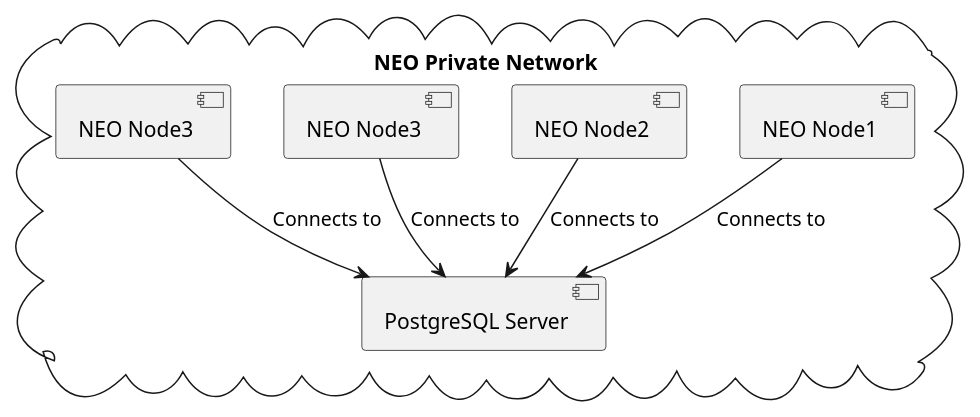
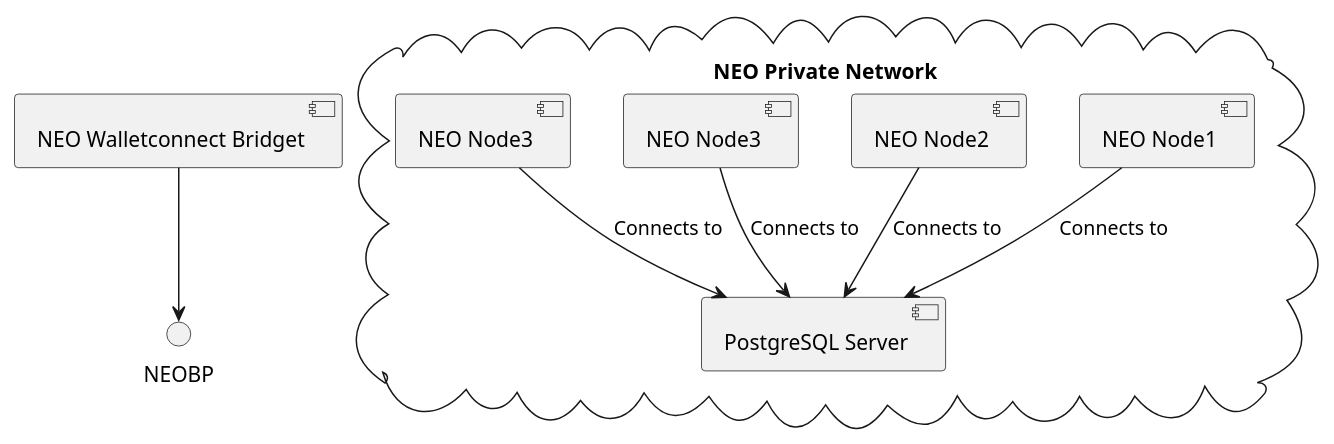
The diagram in Dockerization.org (aahutsal/neo-walletconnect), drawn with PlantUML before and after one commit. The commit also changed 1 other file, not shown here.

Commit message:
Diagram updated

```diff
--- a/Dockerization.org
+++ b/Dockerization.org
@@ -5,15 +5,17 @@
 #+begin_src plantuml :file docs/NEOPB_implementation.png :exports results
 together {
          cloud "NEO Private Network" as NEOPB {
            [NEO Node1] as NEO1
            [NEO Node2] as NEO2
            [NEO Node3] as NEO3
            [NEO Node3] as NEO4
            [PostgreSQL Server] as PGSQL
            NEO1 --> PGSQL: Connects to
            NEO2 --> PGSQL: Connects to
            NEO3 --> PGSQL: Connects to
            NEO4 --> PGSQL: Connects to
          }
+  [NEO Walletconnect Bridget] as NEOWalletconnect
+  NEOWalletconnect --> NEOBP
 }
 #+end_src
```
